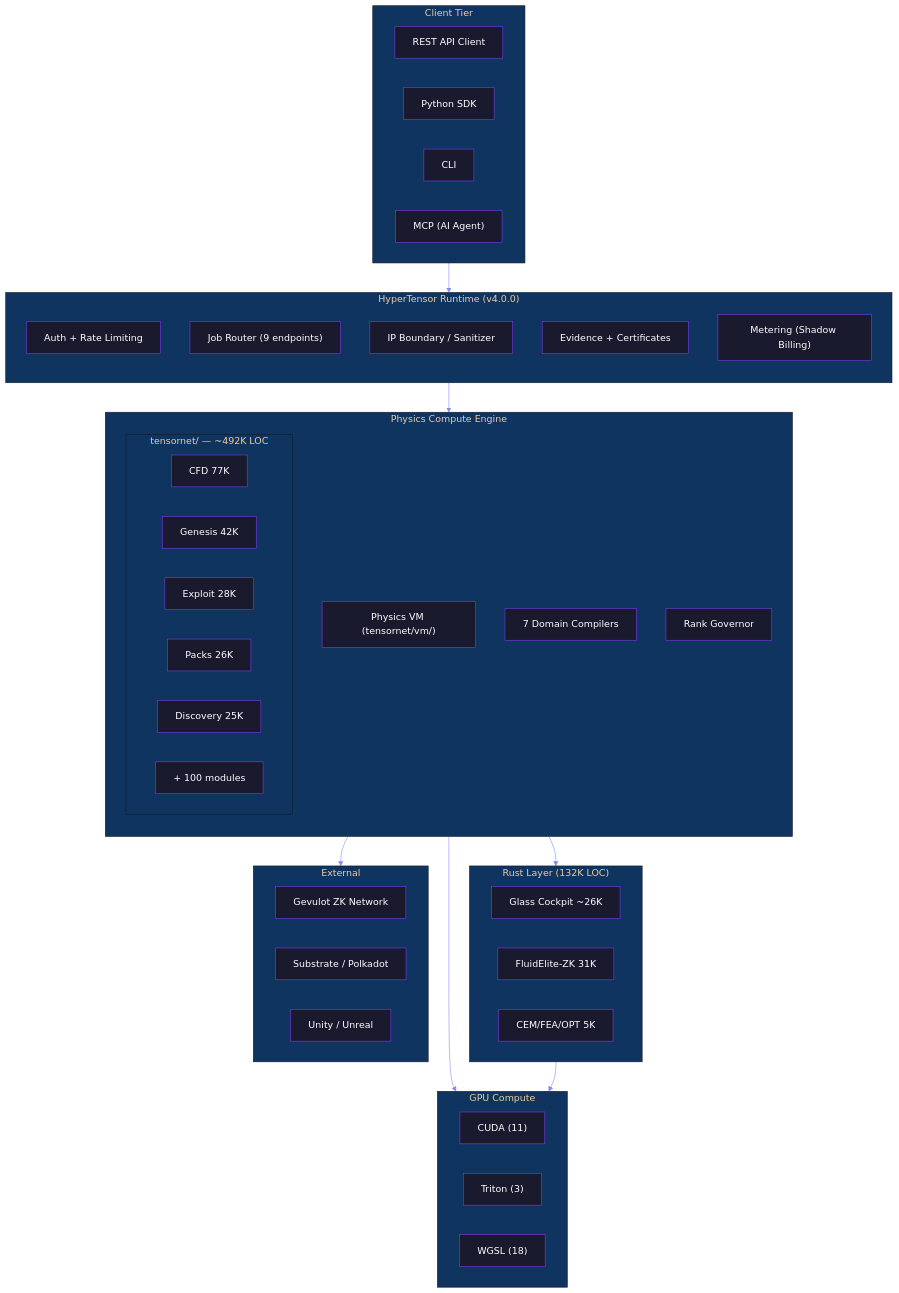
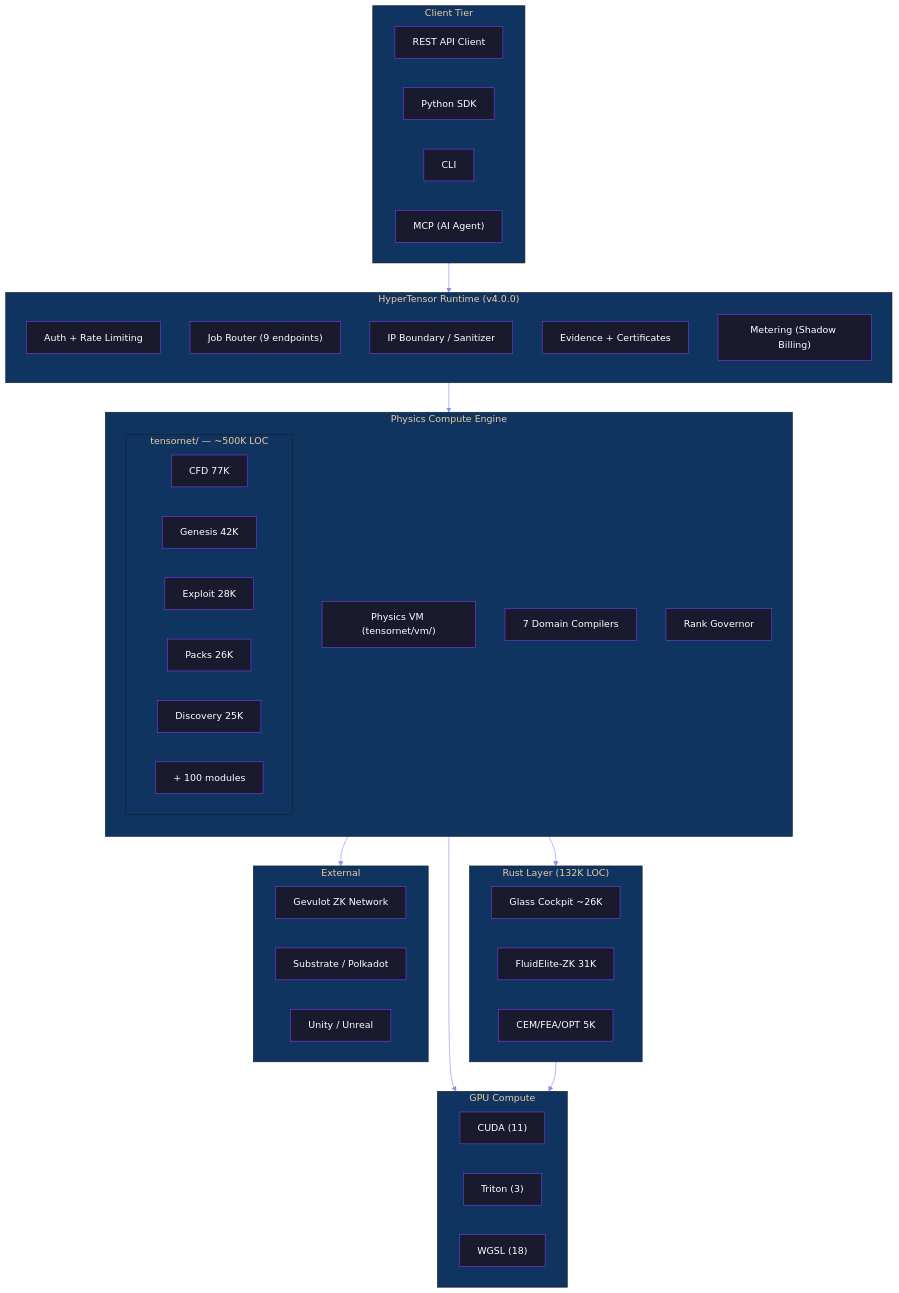
Before and after one commit to tigantic/physics-os: the diagram in PLATFORM_SPECIFICATION.md, drawn with Mermaid. The commit also changed other lines of this file, not shown here.

````diff
--- a/PLATFORM_SPECIFICATION.md
+++ b/PLATFORM_SPECIFICATION.md
@@ -893,63 +916,63 @@
 ```mermaid
 %%{init: {'theme': 'base', 'themeVariables': { 'primaryColor': '#1a1a2e', 'primaryTextColor': '#fff', 'primaryBorderColor': '#7c3aed', 'lineColor': '#818cf8', 'secondaryColor': '#16213e', 'tertiaryColor': '#0f3460'}}}%%
 flowchart TB
     subgraph clients["Client Tier"]
         direction LR
         api_client["REST API Client"]
         sdk_client["Python SDK"]
         cli_client["CLI"]
         mcp_client["MCP (AI Agent)"]
     end
 
     subgraph product["HyperTensor Runtime (v4.0.0)"]
         direction TB
         auth["Auth + Rate Limiting"]
         router["Job Router (9 endpoints)"]
         sanitizer["IP Boundary / Sanitizer"]
         evidence["Evidence + Certificates"]
         metering["Metering (Shadow Billing)"]
     end
 
     subgraph engine["Physics Compute Engine"]
         direction TB
         vm["Physics VM (tensornet/vm/)"]
         compilers["7 Domain Compilers"]
         rank_gov["Rank Governor"]
-        subgraph physics["tensornet/ — ~492K LOC"]
+        subgraph physics["tensornet/ — ~500K LOC"]
             direction LR
             cfd["CFD 77K"]
             genesis["Genesis 42K"]
             exploit["Exploit 28K"]
             packs_mod["Packs 26K"]
             discover["Discovery 25K"]
             more_mods["+ 100 modules"]
         end
     end
 
     subgraph rust["Rust Layer (132K LOC)"]
         direction LR
         gc["Glass Cockpit ~26K"]
         fez["FluidElite-ZK 31K"]
         cem_fea["CEM/FEA/OPT 5K"]
     end
 
     subgraph gpu["GPU Compute"]
         cuda["CUDA (11)"]
         triton["Triton (3)"]
         wgsl["WGSL (18)"]
     end
 
     subgraph external["External"]
         direction LR
         gevulot["Gevulot ZK Network"]
         blockchain["Substrate / Polkadot"]
         game_eng["Unity / Unreal"]
     end
 
     clients --> product
     product --> engine
     engine --> rust
     engine --> gpu
     rust --> gpu
     engine --> external
 ```
````
